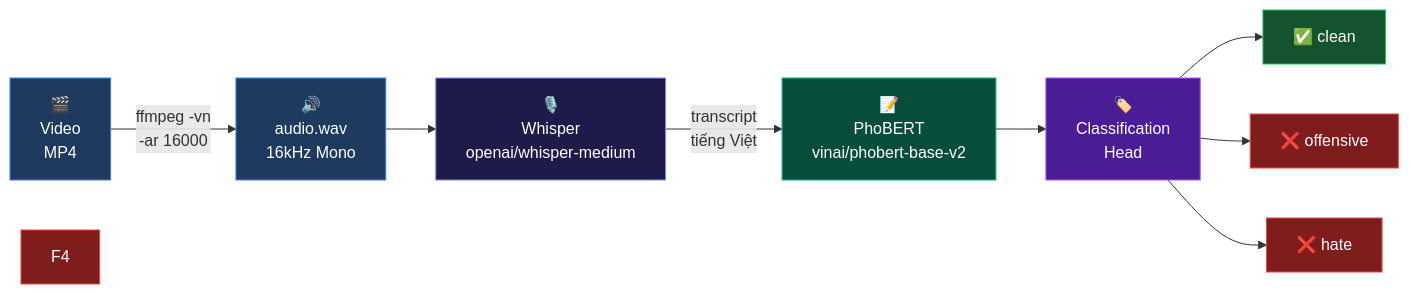
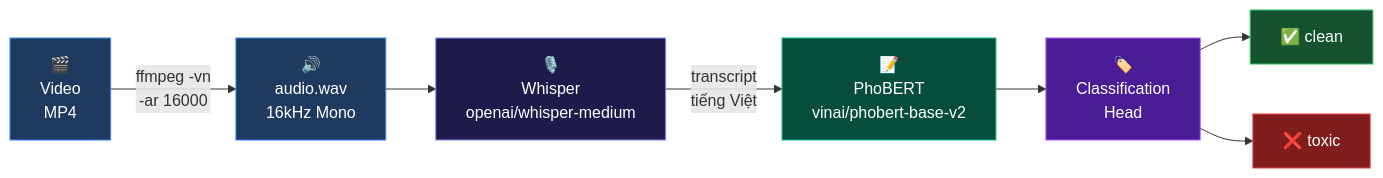
Before and after one commit to pnhatthanh/vidio-guard-be: the second of 6 diagrams in system.md, drawn with Mermaid. The commit also changed other lines of this file and 60 other files, not shown here.

````diff
--- a/system.md
+++ b/system.md
@@ -101,20 +101,17 @@
 ```mermaid
 flowchart LR
     A["🎬\nVideo\nMP4"] -->|"ffmpeg -vn\n-ar 16000"| B["🔊\naudio.wav\n16kHz Mono"]
     B --> C["🎙️\nWhisper\nopenai/whisper-medium"]
     C -->|"transcript\ntiếng Việt"| D["📝\nPhoBERT\nvinai/phobert-base-v2"]
     D --> E["🏷️\nClassification\nHead"]
     E --> F1["✅ clean"]
-    E --> F2["❌ offensive"]
-    E --> F3["❌ hate"]
+    E --> F2["❌ toxic"]
 
     style A fill:#1e3a5f,color:#fff,stroke:#3b82f6
     style B fill:#1e3a5f,color:#fff,stroke:#3b82f6
     style C fill:#1e1b4b,color:#fff,stroke:#818cf8
     style D fill:#064e3b,color:#fff,stroke:#10b981
     style E fill:#4a1d96,color:#fff,stroke:#a855f7
     style F1 fill:#14532d,color:#fff,stroke:#22c55e
     style F2 fill:#7f1d1d,color:#fff,stroke:#ef4444
-    style F3 fill:#7f1d1d,color:#fff,stroke:#ef4444
-    style F4 fill:#7f1d1d,color:#fff,stroke:#ef4444
 ```
````
